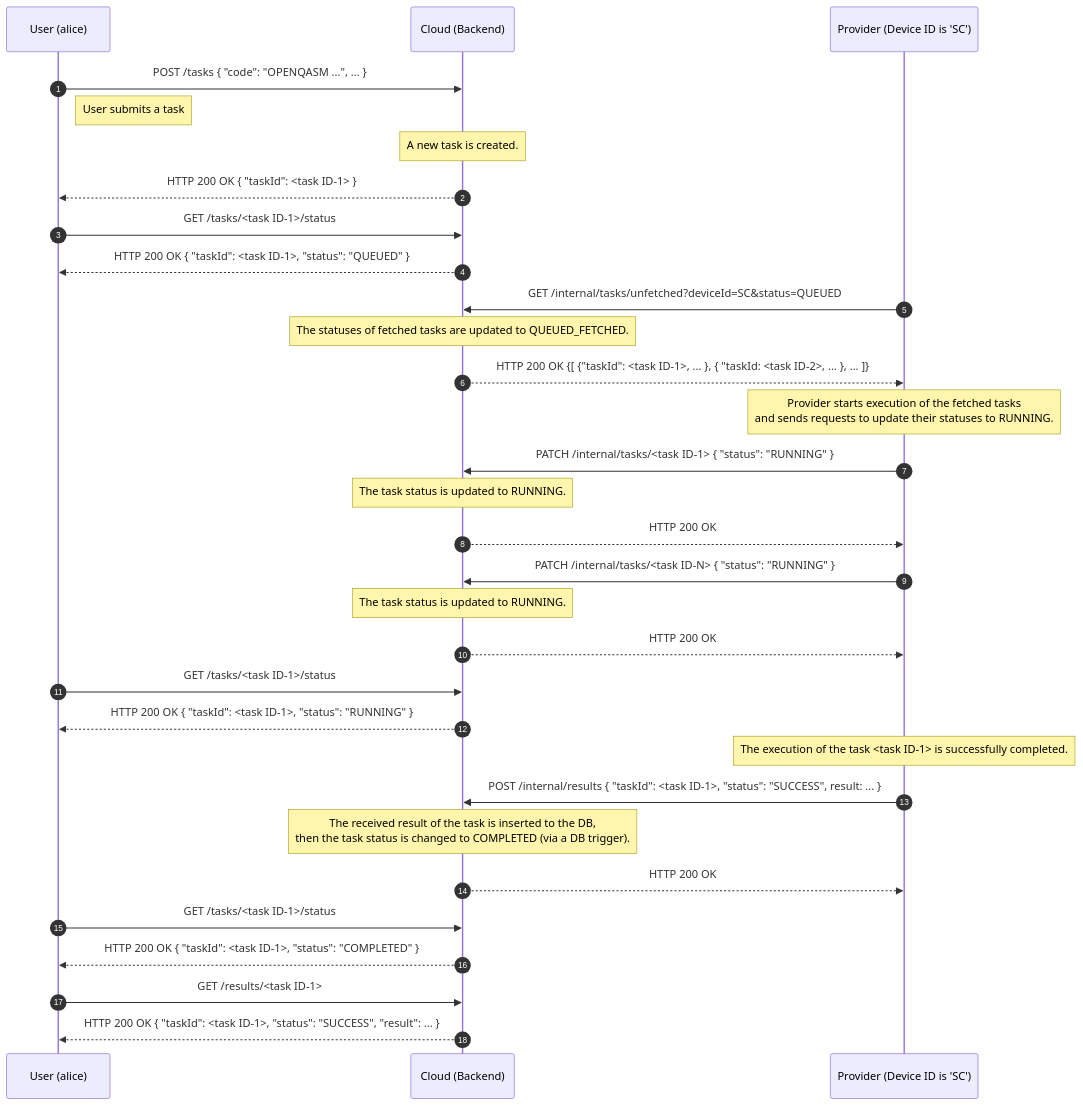
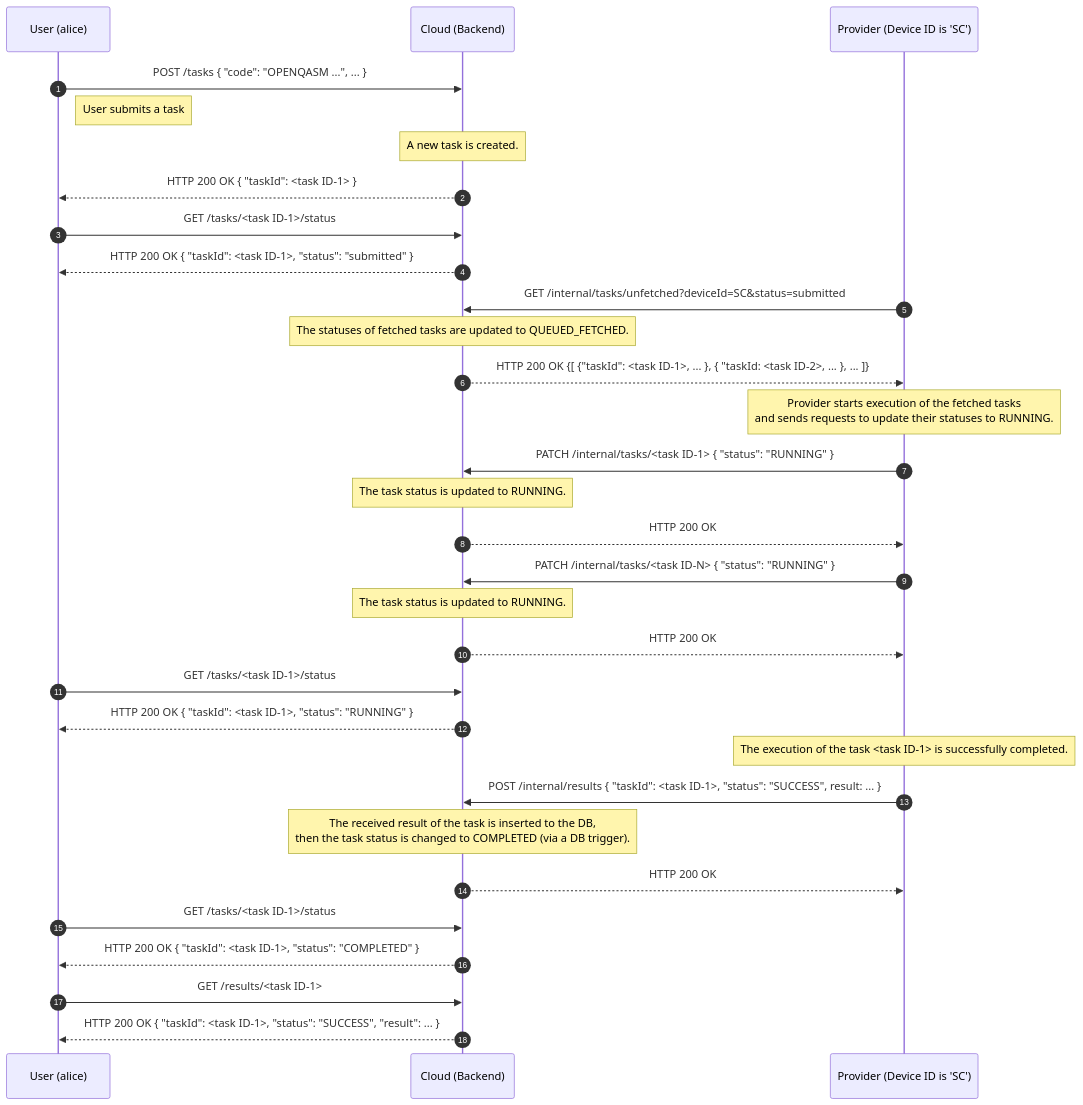
One commit to oqtopus-team/oqtopus-cloud changed the first of 3 diagrams in docs/en/architecture/sequence_diagram.md. Above: the diagram before and after it, drawn with Mermaid. The commit also changed other lines of this file and 38 other files, not shown here.

````diff
--- a/docs/en/architecture/sequence_diagram.md
+++ b/docs/en/architecture/sequence_diagram.md
@@ -16,42 +16,42 @@
 ```mermaid
 sequenceDiagram
     autonumber
     participant User as User (alice)
     participant Cloud as Cloud (Backend)
     participant Provider as Provider (Device ID is 'SC')
 
     User->>Cloud: POST /tasks { "code": "OPENQASM ...", ... }
     Note right of User: User submits a task
     Note over Cloud: A new task is created.
     Cloud-->>User: HTTP 200 OK { "taskId": <task ID-1> }
 
     User->>Cloud: GET /tasks/<task ID-1>/status
-    Cloud-->>User: HTTP 200 OK { "taskId": <task ID-1>, "status": "QUEUED" }
+    Cloud-->>User: HTTP 200 OK { "taskId": <task ID-1>, "status": "submitted" }
 
-    Provider->>Cloud: GET /internal/tasks/unfetched?deviceId=SC&status=QUEUED
+    Provider->>Cloud: GET /internal/tasks/unfetched?deviceId=SC&status=submitted
     Note over Cloud: The statuses of fetched tasks are updated to QUEUED_FETCHED.
     Cloud-->>Provider: HTTP 200 OK {[ {"taskId": <task ID-1>, ... }, { "taskId: <task ID-2>, ... }, ... ]}
 
     Note over Provider: Provider starts execution of the fetched tasks<br>and sends requests to update their statuses to RUNNING.
     Provider->>Cloud: PATCH /internal/tasks/<task ID-1> { "status": "RUNNING" }
     Note over Cloud: The task status is updated to RUNNING.
     Cloud-->>Provider: HTTP 200 OK
 
     Provider->>Cloud: PATCH /internal/tasks/<task ID-N> { "status": "RUNNING" }
     Note over Cloud: The task status is updated to RUNNING.
     Cloud-->>Provider: HTTP 200 OK
 
     User->>Cloud: GET /tasks/<task ID-1>/status
     Cloud-->>User: HTTP 200 OK { "taskId": <task ID-1>, "status": "RUNNING" }
     Note over Provider: The execution of the task <task ID-1> is successfully completed.
     Provider->>Cloud: POST /internal/results { "taskId": <task ID-1>, "status": "SUCCESS", result: ... }
 
     Note over Cloud: The received result of the task is inserted to the DB,<br> then the task status is changed to COMPLETED (via a DB trigger).
     Cloud-->>Provider: HTTP 200 OK
 
     User->>Cloud: GET /tasks/<task ID-1>/status
     Cloud-->>User: HTTP 200 OK { "taskId": <task ID-1>, "status": "COMPLETED" }
 
     User->>Cloud: GET /results/<task ID-1>
     Cloud-->>User: HTTP 200 OK { "taskId": <task ID-1>, "status": "SUCCESS", "result": ... }
 ```
````
